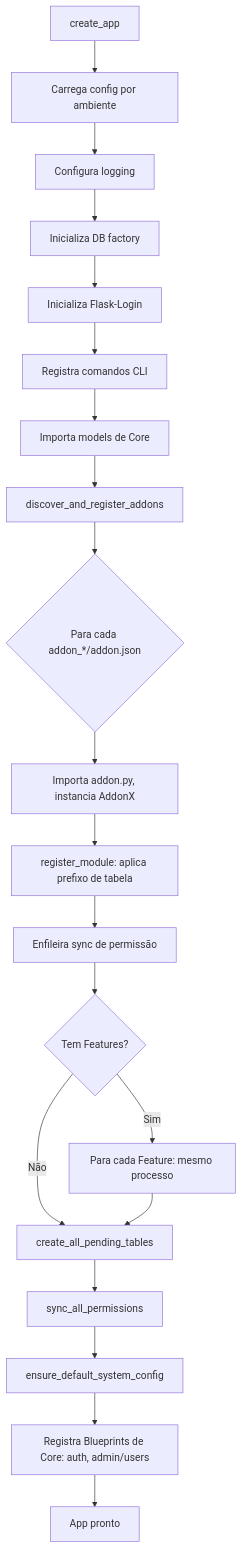
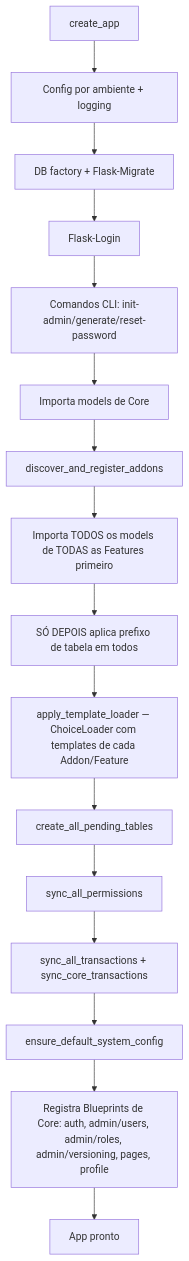
The first of 5 diagrams in docs/technical/03-fluxos.md (ChristopherNicolasSMM/Tesseract), drawn with Mermaid before and after one commit. The commit also changed other lines of this file and 23 other files, not shown here.

````diff
--- a/docs/technical/03-fluxos.md
+++ b/docs/technical/03-fluxos.md
@@ -5,22 +5,18 @@
 ```mermaid
 flowchart TD
-    A[create_app] --> B[Carrega config por ambiente]
-    B --> C[Configura logging]
-    C --> D[Inicializa DB factory]
-    D --> E[Inicializa Flask-Login]
-    E --> F[Registra comandos CLI]
-    F --> G[Importa models de Core]
-    G --> H[discover_and_register_addons]
-    H --> I{Para cada addon_*/addon.json}
-    I --> J[Importa addon.py, instancia AddonX]
-    J --> K[register_module: aplica prefixo de tabela]
-    K --> L[Enfileira sync de permissão]
-    L --> M{Tem Features?}
-    M -->|Sim| N[Para cada Feature: mesmo processo]
-    M -->|Não| O[create_all_pending_tables]
-    N --> O
-    O --> P[sync_all_permissions]
-    P --> Q[ensure_default_system_config]
-    Q --> R[Registra Blueprints de Core: auth, admin/users]
-    R --> S[App pronto]
+    A[create_app] --> B[Config por ambiente + logging]
+    B --> C[DB factory + Flask-Migrate]
+    C --> D[Flask-Login]
+    D --> E[Comandos CLI: init-admin/generate/reset-password]
+    E --> F[Importa models de Core]
+    F --> G[discover_and_register_addons]
+    G --> H[Importa TODOS os models de TODAS as Features primeiro]
+    H --> I[SÓ DEPOIS aplica prefixo de tabela em todos]
+    I --> J[apply_template_loader — ChoiceLoader com templates de cada Addon/Feature]
+    J --> K[create_all_pending_tables]
+    K --> L[sync_all_permissions]
+    L --> M[sync_all_transactions + sync_core_transactions]
+    M --> N[ensure_default_system_config]
+    N --> O[Registra Blueprints de Core: auth, admin/users, admin/roles, admin/versioning, pages, profile]
+    O --> P[App pronto]
 ```
````
